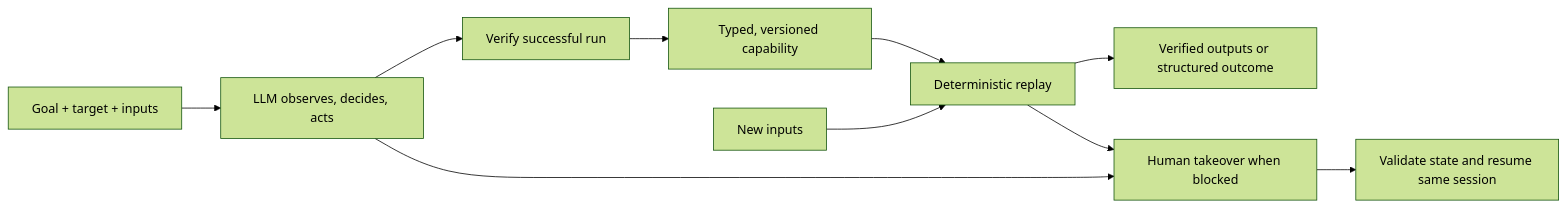
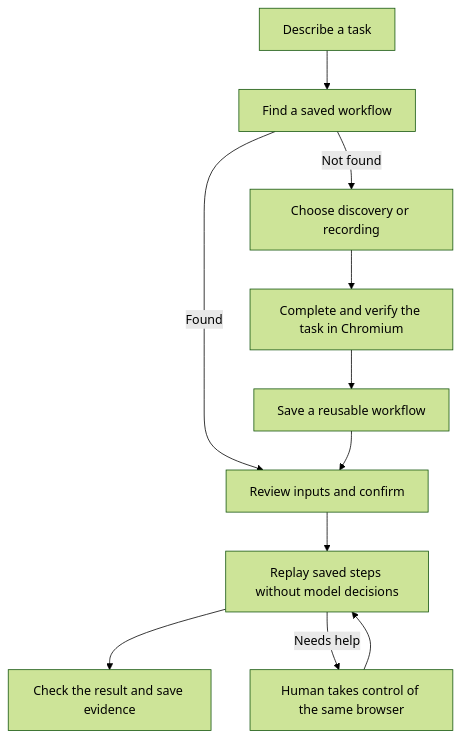
One commit to nh0397/agent-ui-execution-engine changed the diagram in README.md. Above: the diagram before and after it, drawn with Mermaid (forest theme). The commit also changed other lines of this file and 6 other files, not shown here.

````diff
--- a/README.md
+++ b/README.md
@@ -60,12 +577,13 @@
 ```mermaid
-flowchart LR
-    G[Goal + target + inputs] --> D[LLM observes, decides, acts]
-    D --> V[Verify successful run]
-    V --> C[Typed, versioned capability]
-    C --> R[Deterministic replay]
-    I[New inputs] --> R
-    R --> O[Verified outputs or structured outcome]
-    D --> H[Human takeover when blocked]
-    R --> H
-    H --> S[Validate state and resume same session]
+flowchart TD
+    A[Describe a task] --> B[Find a saved workflow]
+    B -->|Found| C[Review inputs and confirm]
+    B -->|Not found| D[Choose discovery or recording]
+    D --> E[Complete and verify the task in Chromium]
+    E --> F[Save a reusable workflow]
+    F --> C
+    C --> G[Replay saved steps without model decisions]
+    G --> H[Check the result and save evidence]
+    G -->|Needs help| I[Human takes control of the same browser]
+    I --> G
 ```
````
